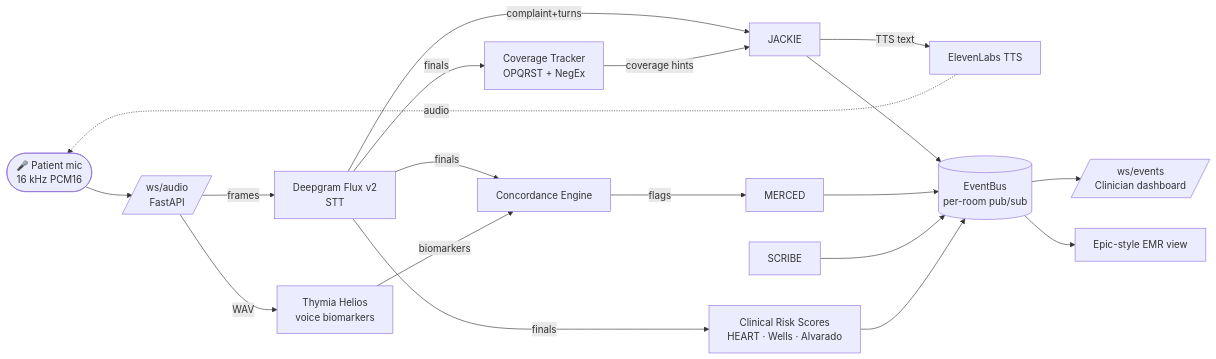
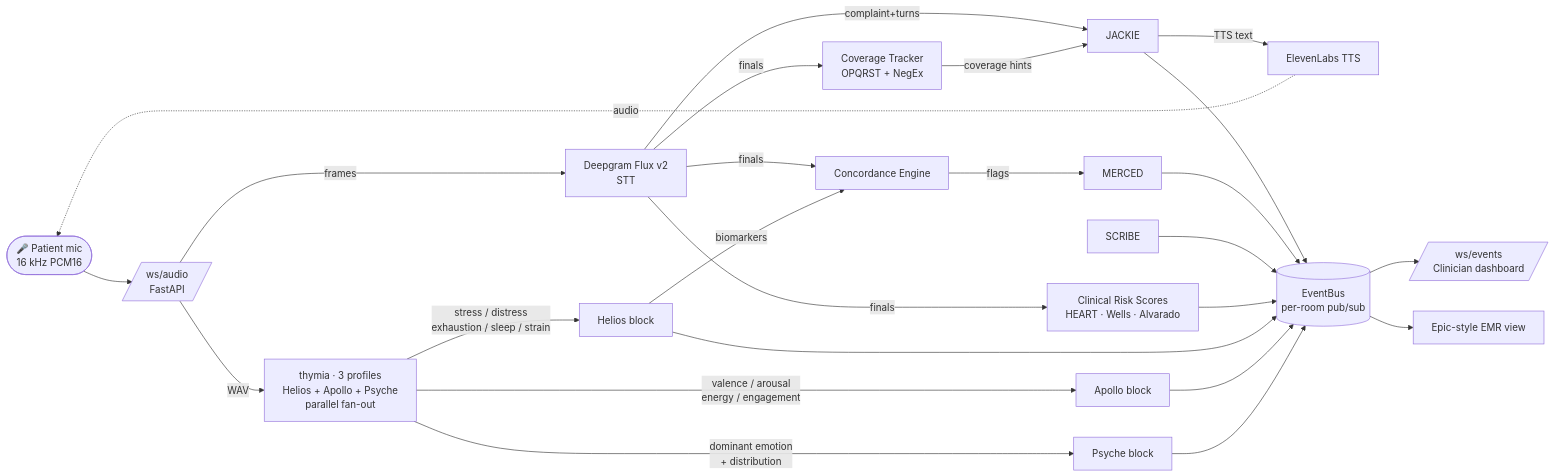
The first of 2 diagrams in README.md (janelletam-dev/AMD-Hack-VICTOR-AI-Triage), drawn with Mermaid before and after one commit. The commit also changed other lines of this file and 3 other files, not shown here.

````diff
--- a/README.md
+++ b/README.md
@@ -35,21 +46,27 @@
 ```mermaid
 flowchart LR
     Mic([🎤 Patient mic<br/>16 kHz PCM16]) --> WS[/ws/audio<br/>FastAPI/]
     WS -->|frames| DG[Deepgram Flux v2<br/>STT]
-    WS -->|WAV| TH[Thymia Helios<br/>voice biomarkers]
+    WS -->|WAV| TH[thymia · 3 profiles<br/>Helios + Apollo + Psyche<br/>parallel fan-out]
+    TH -->|stress / distress<br/>exhaustion / sleep / strain| HE[Helios block]
+    TH -->|valence / arousal<br/>energy / engagement| AP[Apollo block]
+    TH -->|dominant emotion<br/>+ distribution| PS[Psyche block]
     DG -->|finals| COV[Coverage Tracker<br/>OPQRST + NegEx]
     DG -->|finals| CONC[Concordance Engine]
-    TH -->|biomarkers| CONC
+    HE -->|biomarkers| CONC
     CONC -->|flags| MERCED
     DG -->|finals| RISK[Clinical Risk Scores<br/>HEART · Wells · Alvarado]
     DG -->|complaint+turns| JACKIE
     COV -->|coverage hints| JACKIE
     JACKIE -->|TTS text| EL[ElevenLabs TTS]
     EL -.->|audio| Mic
     JACKIE --> BUS
     MERCED --> BUS
     SCRIBE --> BUS
     RISK --> BUS
+    HE --> BUS
+    AP --> BUS
+    PS --> BUS
     BUS[(EventBus<br/>per-room pub/sub)] --> DASH[/ws/events<br/>Clinician dashboard/]
     BUS --> EMR[Epic-style EMR view]
 ```
````
